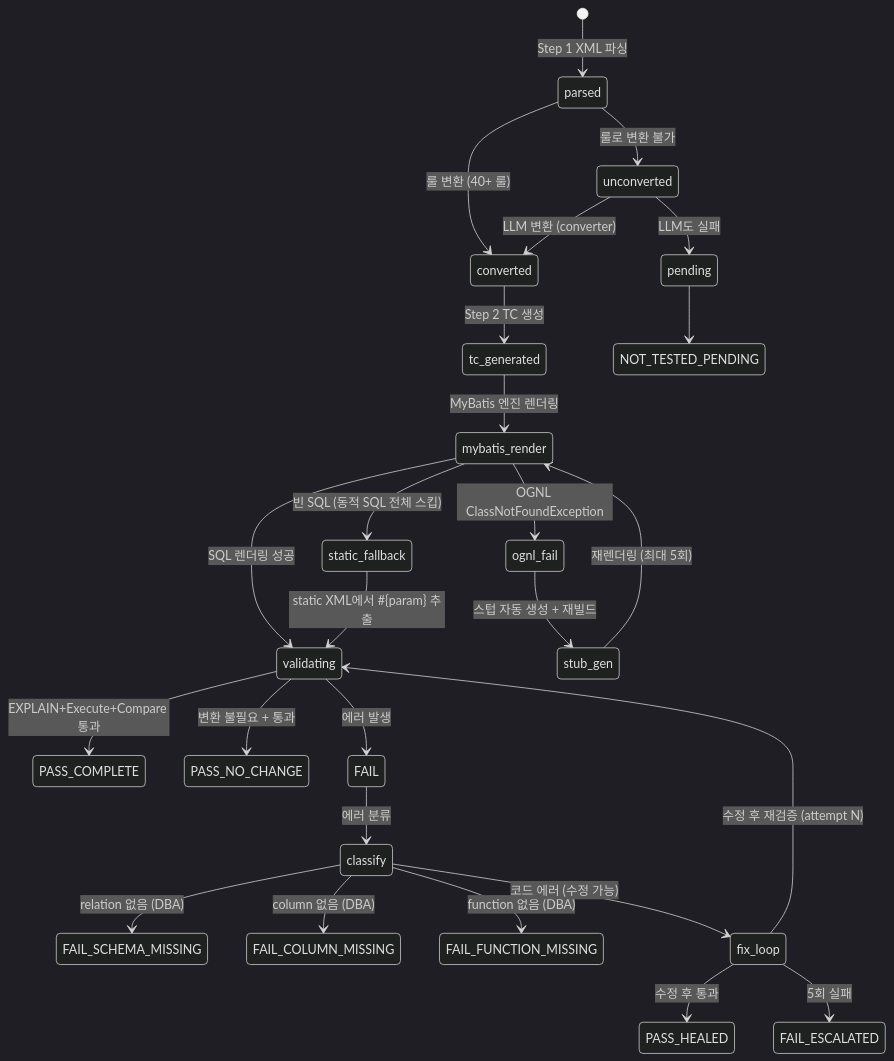
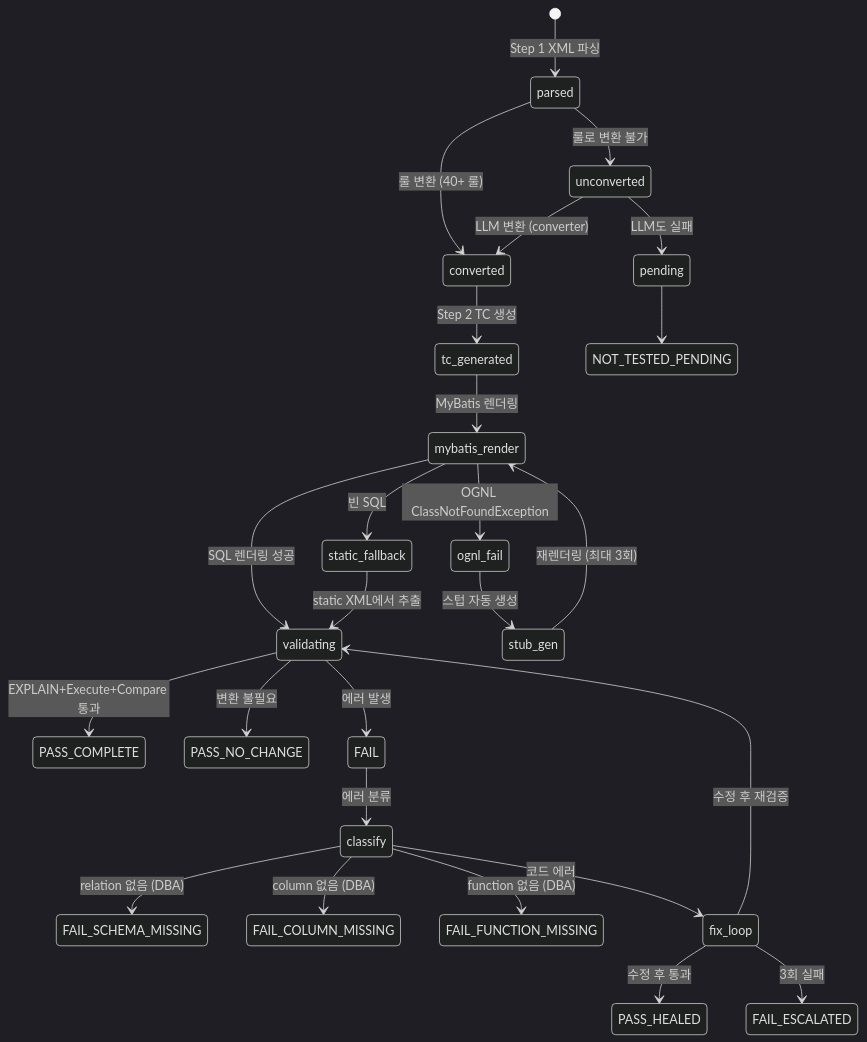
Before and after one commit to netsgo0319/oma-claude-code: the third of 3 diagrams in docs/architecture.md, drawn with Mermaid (dark theme). The commit also changed other lines of this file and 28 other files, not shown here.

````diff
--- a/docs/architecture.md
+++ b/docs/architecture.md
@@ -100,34 +165,33 @@
 ```mermaid
 stateDiagram-v2
     [*] --> parsed: Step 1 XML 파싱
     parsed --> converted: 룰 변환 (40+ 룰)
     parsed --> unconverted: 룰로 변환 불가
     unconverted --> converted: LLM 변환 (converter)
     unconverted --> pending: LLM도 실패
 
     converted --> tc_generated: Step 2 TC 생성
-    tc_generated --> mybatis_render: MyBatis 엔진 렌더링
+    tc_generated --> mybatis_render: MyBatis 렌더링
     mybatis_render --> validating: SQL 렌더링 성공
     mybatis_render --> ognl_fail: OGNL ClassNotFoundException
-    ognl_fail --> stub_gen: 스텁 자동 생성 + 재빌드
-    stub_gen --> mybatis_render: 재렌더링 (최대 5회)
-    mybatis_render --> static_fallback: 빈 SQL (동적 SQL 전체 스킵)
-    static_fallback --> validating: static XML에서 #{param} 추출
+    ognl_fail --> stub_gen: 스텁 자동 생성
+    stub_gen --> mybatis_render: 재렌더링 (최대 3회)
+    mybatis_render --> static_fallback: 빈 SQL
+    static_fallback --> validating: static XML에서 추출
 
     validating --> PASS_COMPLETE: EXPLAIN+Execute+Compare 통과
-    validating --> PASS_NO_CHANGE: 변환 불필요 + 통과
+    validating --> PASS_NO_CHANGE: 변환 불필요
     validating --> FAIL: 에러 발생
 
     FAIL --> classify: 에러 분류
-
     classify --> FAIL_SCHEMA_MISSING: relation 없음 (DBA)
     classify --> FAIL_COLUMN_MISSING: column 없음 (DBA)
     classify --> FAIL_FUNCTION_MISSING: function 없음 (DBA)
-    classify --> fix_loop: 코드 에러 (수정 가능)
+    classify --> fix_loop: 코드 에러
 
-    fix_loop --> validating: 수정 후 재검증 (attempt N)
+    fix_loop --> validating: 수정 후 재검증
     fix_loop --> PASS_HEALED: 수정 후 통과
-    fix_loop --> FAIL_ESCALATED: 5회 실패
+    fix_loop --> FAIL_ESCALATED: 3회 실패
 
     pending --> NOT_TESTED_PENDING
 ```
````
